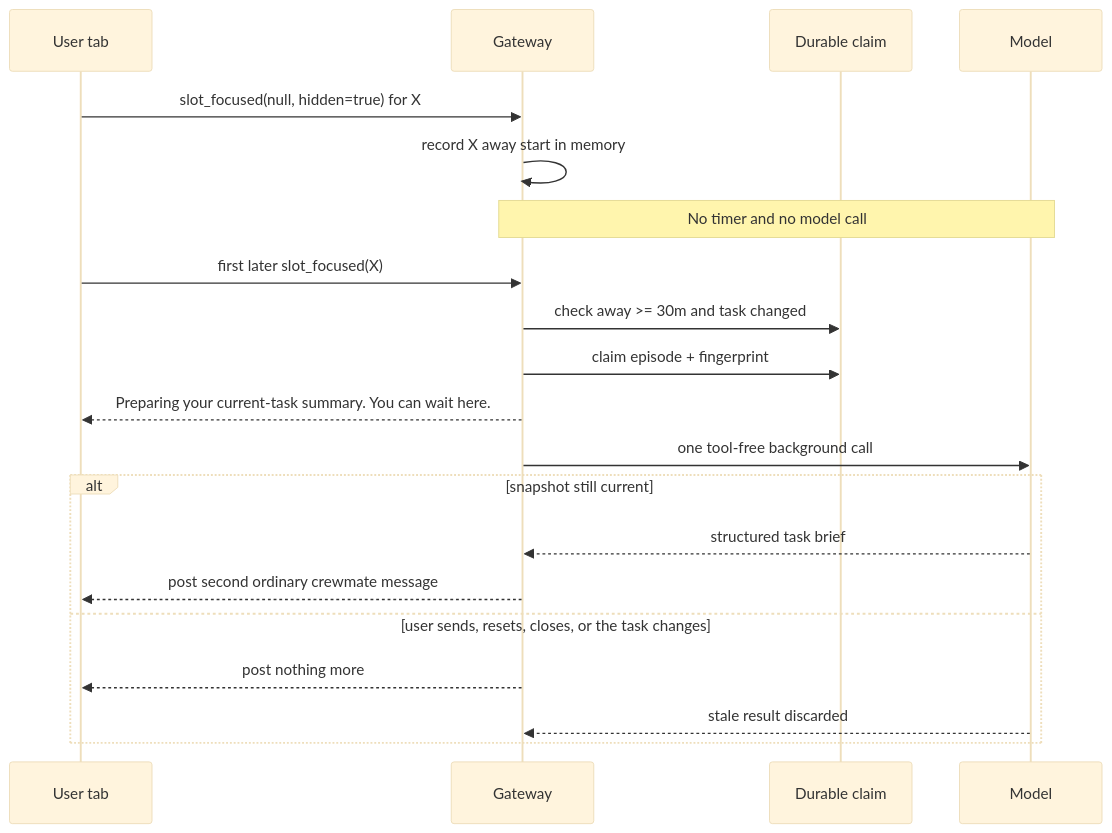
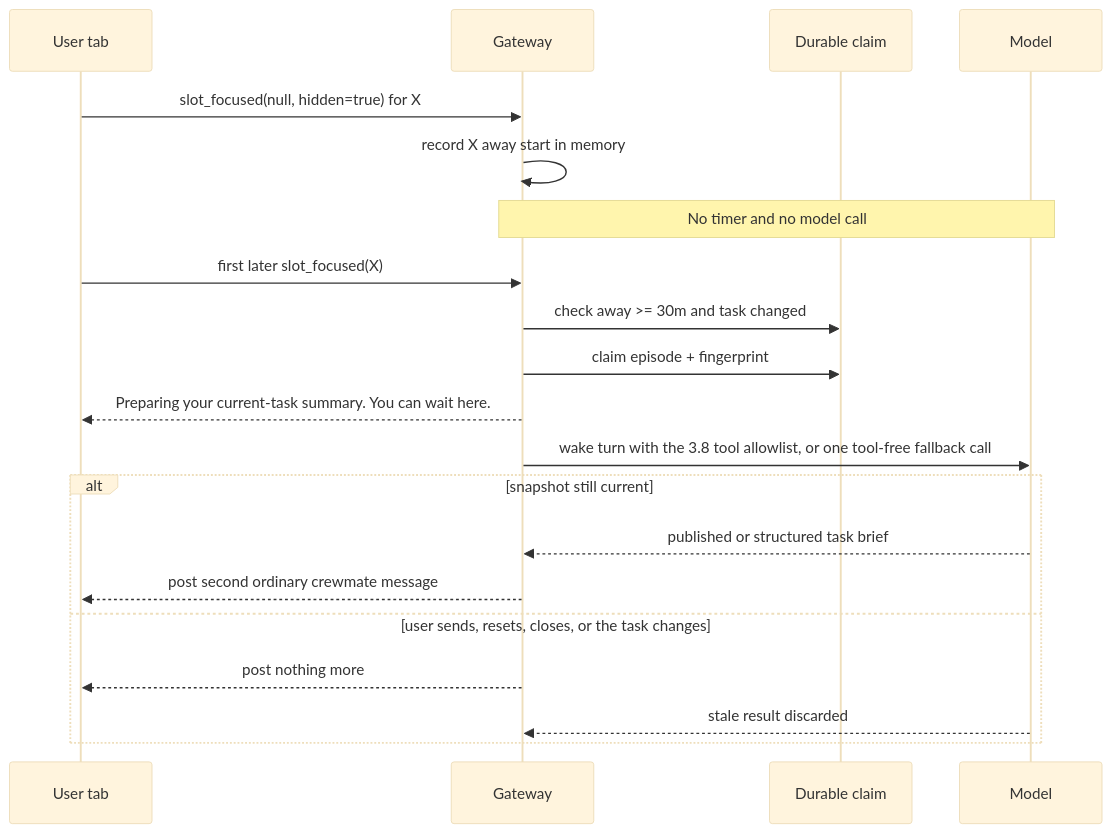
Before and after one commit to kirodotdev/KiroCrew: the diagram in docs/request-for-change/rfc-delayed-task-brief.md, drawn with Mermaid (base theme). The commit also changed other lines of this file and 1 other file, not shown here.

Commit message:
docs(rfc): fix stale tool-free and #6874 statements in two RFCs

````diff
--- a/docs/request-for-change/rfc-delayed-task-brief.md
+++ b/docs/request-for-change/rfc-delayed-task-brief.md
@@ -249,23 +251,23 @@
 ```mermaid
 sequenceDiagram
     participant U as User tab
     participant G as Gateway
     participant D as Durable claim
     participant M as Model
 
     U->>G: slot_focused(null, hidden=true) for X
     G->>G: record X away start in memory
     Note over G,M: No timer and no model call
     U->>G: first later slot_focused(X)
     G->>D: check away >= 30m and task changed
     G->>D: claim episode + fingerprint
     G-->>U: Preparing your current-task summary. You can wait here.
-    G->>M: one tool-free background call
+    G->>M: wake turn with the 3.8 tool allowlist, or one tool-free fallback call
     alt snapshot still current
-        M-->>G: structured task brief
+        M-->>G: published or structured task brief
         G-->>U: post second ordinary crewmate message
     else user sends, resets, closes, or the task changes
         G-->>U: post nothing more
         M-->>G: stale result discarded
     end
 ```
````
